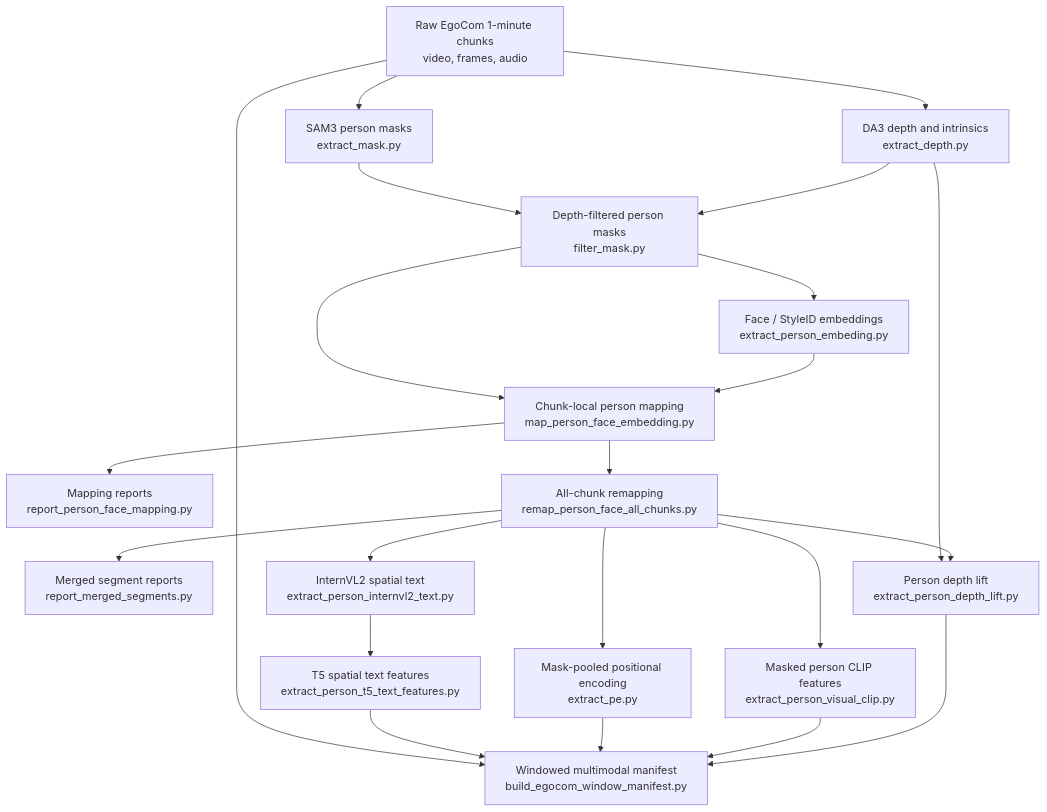
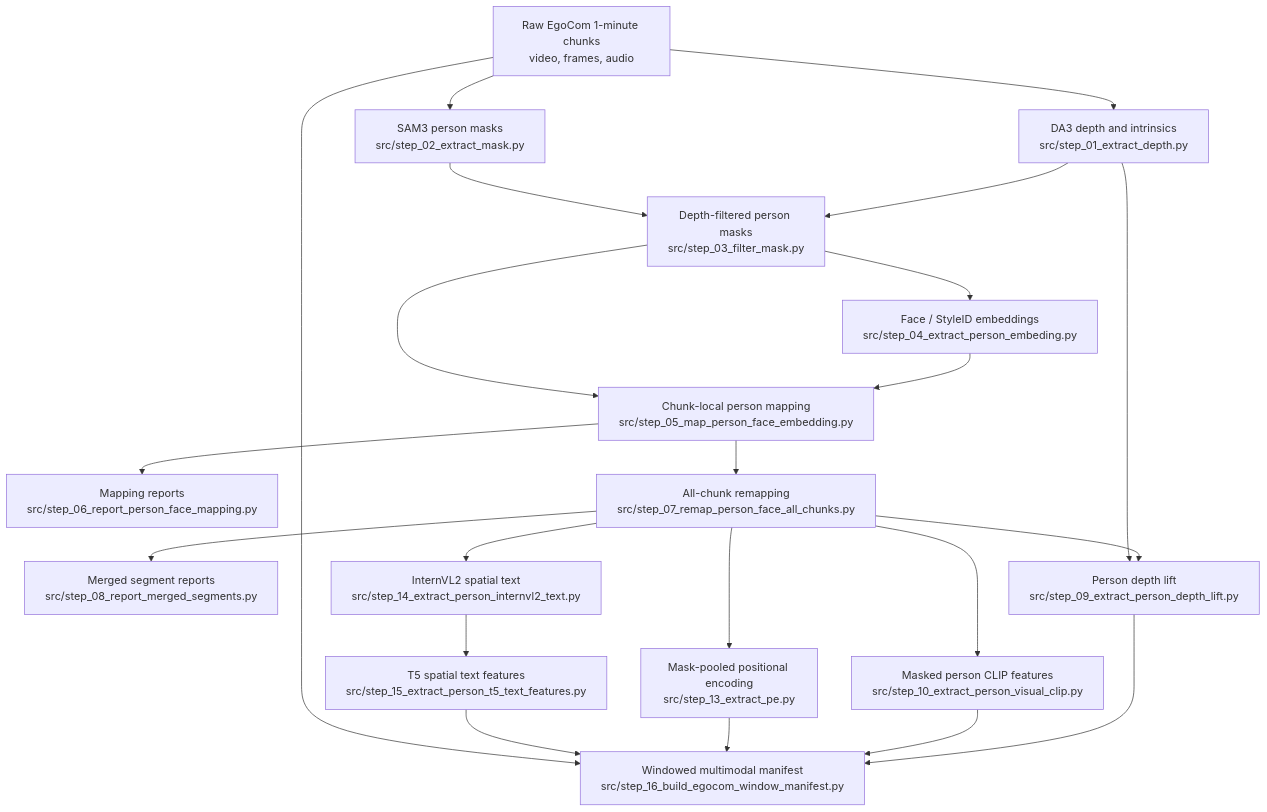
Before and after one commit to beautifulchoi/egocom-preprocess: the diagram in README.md, drawn with Mermaid. The commit also changed other lines of this file and 35 other files, not shown here.

````diff
--- a/README.md
+++ b/README.md
@@ -7,40 +7,40 @@
 ```mermaid
 flowchart TD
     raw[Raw EgoCom 1-minute chunks<br/>video, frames, audio]
-    depth[DA3 depth and intrinsics<br/>extract_depth.py]
-    mask[SAM3 person masks<br/>extract_mask.py]
-    refine[Depth-filtered person masks<br/>filter_mask.py]
-    face[Face / StyleID embeddings<br/>extract_person_embeding.py]
-    map[Chunk-local person mapping<br/>map_person_face_embedding.py]
-    report[Mapping reports<br/>report_person_face_mapping.py]
-    remap[All-chunk remapping<br/>remap_person_face_all_chunks.py]
-    merged_report[Merged segment reports<br/>report_merged_segments.py]
-    lift[Person depth lift<br/>extract_person_depth_lift.py]
-    clip[Masked person CLIP features<br/>extract_person_visual_clip.py]
-    pe[Mask-pooled positional encoding<br/>extract_pe.py]
-    text[InternVL2 spatial text<br/>extract_person_internvl2_text.py]
-    t5[T5 spatial text features<br/>extract_person_t5_text_features.py]
-    manifest[Windowed multimodal manifest<br/>build_egocom_window_manifest.py]
+    depth[DA3 depth and intrinsics<br/>src/step_01_extract_depth.py]
+    mask[SAM3 person masks<br/>src/step_02_extract_mask.py]
+    refine[Depth-filtered person masks<br/>src/step_03_filter_mask.py]
+    face[Face / StyleID embeddings<br/>src/step_04_extract_person_embeding.py]
+    map[Chunk-local person mapping<br/>src/step_05_map_person_face_embedding.py]
+    report[Mapping reports<br/>src/step_06_report_person_face_mapping.py]
+    remap[All-chunk remapping<br/>src/step_07_remap_person_face_all_chunks.py]
+    merged_report[Merged segment reports<br/>src/step_08_report_merged_segments.py]
+    lift[Person depth lift<br/>src/step_09_extract_person_depth_lift.py]
+    clip[Masked person CLIP features<br/>src/step_10_extract_person_visual_clip.py]
+    pe[Mask-pooled positional encoding<br/>src/step_13_extract_pe.py]
+    text[InternVL2 spatial text<br/>src/step_14_extract_person_internvl2_text.py]
+    t5[T5 spatial text features<br/>src/step_15_extract_person_t5_text_features.py]
+    manifest[Windowed multimodal manifest<br/>src/step_16_build_egocom_window_manifest.py]
 
     raw --> depth
     raw --> mask
     depth --> refine
     mask --> refine
     refine --> face
     face --> map
     refine --> map
     map --> report
     map --> remap
     remap --> merged_report
     remap --> lift
     remap --> clip
     remap --> pe
     remap --> text
     depth --> lift
     text --> t5
     lift --> manifest
     clip --> manifest
     pe --> manifest
     t5 --> manifest
     raw --> manifest
 ```
````
